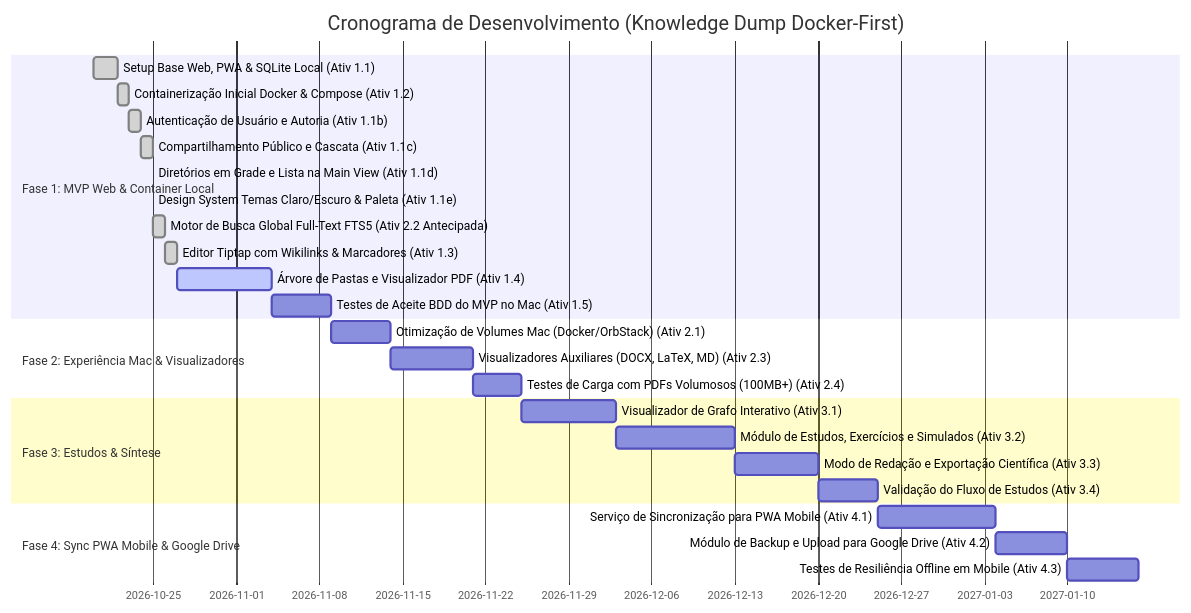
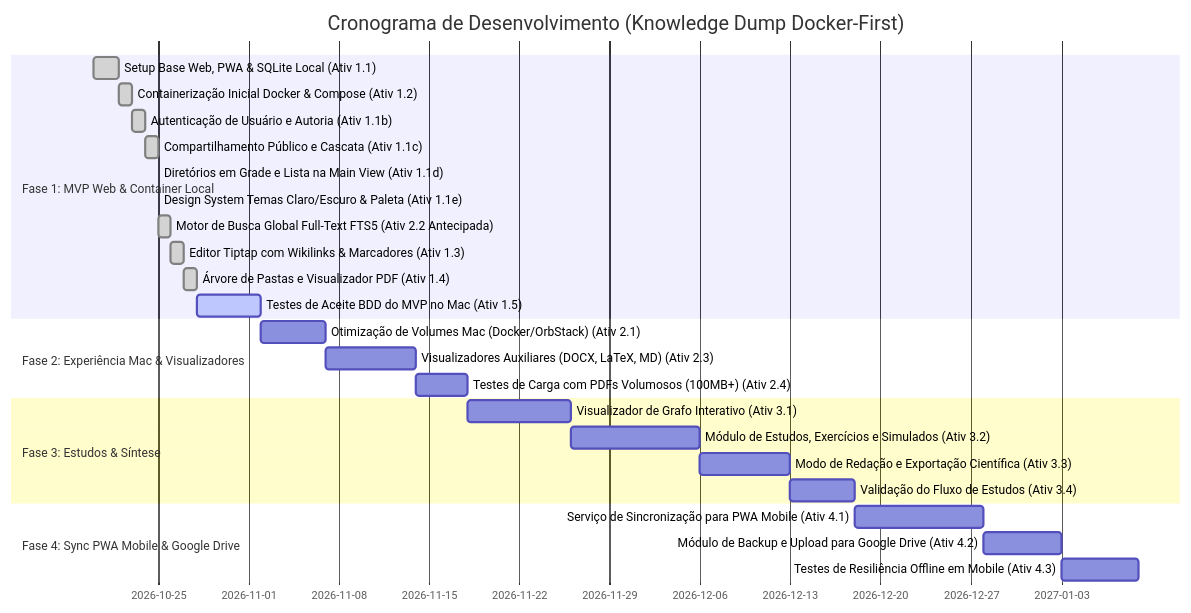
One commit to victor-reghini/knowledge-dump changed the second of 2 diagrams in docs/arquitetura_e_roadmap.md. Above: the diagram before and after it, drawn with Mermaid. The commit also changed other lines of this file and 17 other files, not shown here.

````diff
--- a/docs/arquitetura_e_roadmap.md
+++ b/docs/arquitetura_e_roadmap.md
@@ -56,32 +56,32 @@
 ```mermaid
 gantt
     title Cronograma de Desenvolvimento (Knowledge Dump Docker-First)
     dateFormat  YYYY-MM-DD
     section Fase 1: MVP Web & Container Local
     Setup Base Web, PWA & SQLite Local (Ativ 1.1)             :done, a1, 2026-10-20, 2026-10-22
     Containerização Inicial Docker & Compose (Ativ 1.2)        :done, a2, 2026-10-22, 2026-10-23
     Autenticação de Usuário e Autoria (Ativ 1.1b)              :done, a1b, 2026-10-23, 2026-10-24
     Compartilhamento Público e Cascata (Ativ 1.1c)             :done, a1c, 2026-10-24, 2026-10-25
     Diretórios em Grade e Lista na Main View (Ativ 1.1d)       :done, a1d, 2026-10-25, 2026-10-25
     Design System Temas Claro/Escuro & Paleta (Ativ 1.1e)      :done, a1e, 2026-10-25, 2026-10-25
     Motor de Busca Global Full-Text FTS5 (Ativ 2.2 Antecipada) :done, b2, 2026-10-25, 2026-10-26
     Editor Tiptap com Wikilinks & Marcadores (Ativ 1.3)        :done, a3, 2026-10-26, 2026-10-27
-    Árvore de Pastas e Visualizador PDF (Ativ 1.4)             :active, a4, 2026-10-27, 8d
-    Testes de Aceite BDD do MVP no Mac (Ativ 1.5)              :a5, after a4, 5d
+    Árvore de Pastas e Visualizador PDF (Ativ 1.4)             :done, a4, 2026-10-27, 2026-10-28
+    Testes de Aceite BDD do MVP no Mac (Ativ 1.5)              :active, a5, 2026-10-28, 5d
 
     section Fase 2: Experiência Mac & Visualizadores
     Otimização de Volumes Mac (Docker/OrbStack) (Ativ 2.1)     :b1, after a5, 5d
     Visualizadores Auxiliares (DOCX, LaTeX, MD) (Ativ 2.3)     :b3, after b1, 7d
     Testes de Carga com PDFs Volumosos (100MB+) (Ativ 2.4)     :b4, after b3, 4d
 
     section Fase 3: Estudos & Síntese
     Visualizador de Grafo Interativo (Ativ 3.1)                :c1, after b4, 8d
     Módulo de Estudos, Exercícios e Simulados (Ativ 3.2)       :c2, after c1, 10d
     Modo de Redação e Exportação Científica (Ativ 3.3)         :c3, after c2, 7d
     Validação do Fluxo de Estudos (Ativ 3.4)                   :c4, after c3, 5d
 
     section Fase 4: Sync PWA Mobile & Google Drive
     Serviço de Sincronização para PWA Mobile (Ativ 4.1)        :d1, after c4, 10d
     Módulo de Backup e Upload para Google Drive (Ativ 4.2)     :d2, after d1, 6d
     Testes de Resiliência Offline em Mobile (Ativ 4.3)         :d3, after d2, 6d
 ```
````
